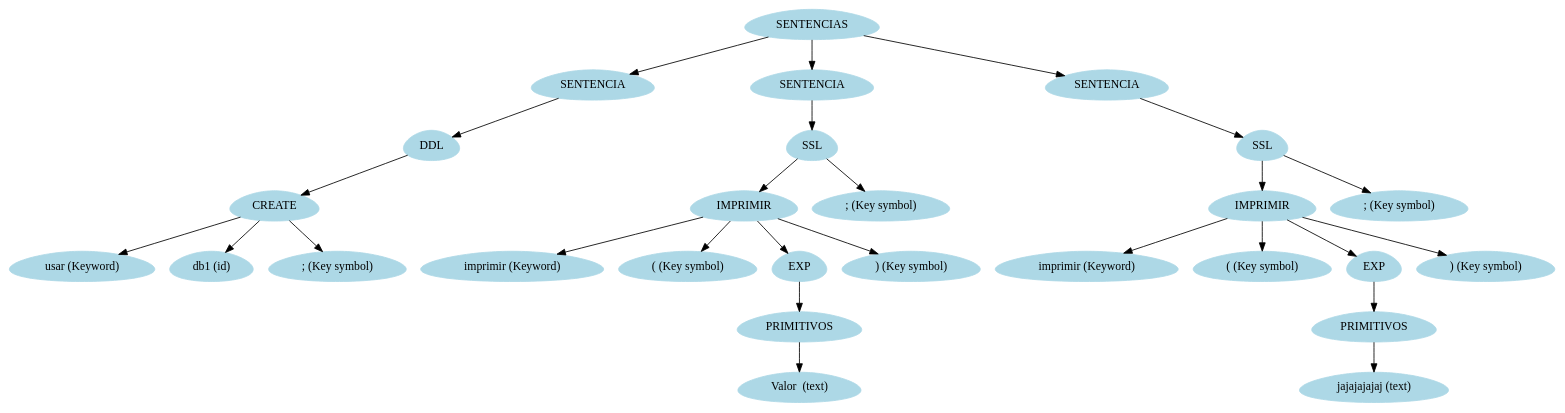
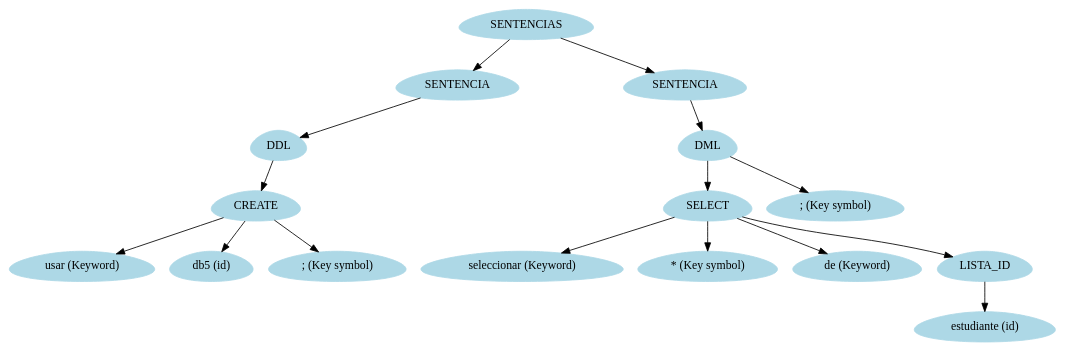
The diagram in [OLC2]Proyecto1_201325583/ServidorDB/bin/Debug/arbolAst.dot (Losajhonny/FI-SQL), drawn with Graphviz before and after one commit. The commit also changed 22 other files, not shown here.

```diff
--- a/[OLC2]Proyecto1_201325583/ServidorDB/bin/Debug/arbolAst.dot
+++ b/[OLC2]Proyecto1_201325583/ServidorDB/bin/Debug/arbolAst.dot
@@ -1,56 +1,34 @@
 digraph grafo{
 node [shape = egg];
-9089598[label="SENTENCIAS", style = filled, color = lightblue];
-20305449[label="SENTENCIA", style = filled, color = lightblue];
-9089598->20305449;
-9648315[label="DDL", style = filled, color = lightblue];
-20305449->9648315;
-29803642[label="CREATE", style = filled, color = lightblue];
-9648315->29803642;
-36899882[label="usar (Keyword)", style = filled, color = lightblue];
-29803642->36899882;
-23318221[label="db1 (id)", style = filled, color = lightblue];
-29803642->23318221;
-60865449[label="; (Key symbol)", style = filled, color = lightblue];
-29803642->60865449;
-28079681[label="SENTENCIA", style = filled, color = lightblue];
-9089598->28079681;
-7592537[label="SSL", style = filled, color = lightblue];
-28079681->7592537;
-61964278[label="IMPRIMIR", style = filled, color = lightblue];
-7592537->61964278;
-46759771[label="imprimir (Keyword)", style = filled, color = lightblue];
-61964278->46759771;
-56718604[label="( (Key symbol)", style = filled, color = lightblue];
-61964278->56718604;
-24692173[label="EXP", style = filled, color = lightblue];
-61964278->24692173;
-17113762[label="PRIMITIVOS", style = filled, color = lightblue];
-24692173->17113762;
-22498512[label=" Valor  (text)", style = filled, color = lightblue];
-17113762->22498512;
-46930394[label=") (Key symbol)", style = filled, color = lightblue];
-61964278->46930394;
-59619204[label="; (Key symbol)", style = filled, color = lightblue];
-7592537->59619204;
-6893523[label="SENTENCIA", style = filled, color = lightblue];
-9089598->6893523;
-50081034[label="SSL", style = filled, color = lightblue];
-6893523->50081034;
-46071213[label="IMPRIMIR", style = filled, color = lightblue];
-50081034->46071213;
-45013120[label="imprimir (Keyword)", style = filled, color = lightblue];
-46071213->45013120;
-27025543[label="( (Key symbol)", style = filled, color = lightblue];
-46071213->27025543;
-56781063[label="EXP", style = filled, color = lightblue];
-46071213->56781063;
-25753987[label="PRIMITIVOS", style = filled, color = lightblue];
-56781063->25753987;
-35164608[label="jajajajajaj (text)", style = filled, color = lightblue];
-25753987->35164608;
-60927424[label=") (Key symbol)", style = filled, color = lightblue];
-46071213->60927424;
-29133257[label="; (Key symbol)", style = filled, color = lightblue];
-50081034->29133257;
+19246503[label="SENTENCIAS", style = filled, color = lightblue];
+58755095[label="SENTENCIA", style = filled, color = lightblue];
+19246503->58755095;
+59312528[label="DDL", style = filled, color = lightblue];
+58755095->59312528;
+1680021[label="CREATE", style = filled, color = lightblue];
+59312528->1680021;
+28560362[label="usar (Keyword)", style = filled, color = lightblue];
+1680021->28560362;
+15764116[label="db5 (id)", style = filled, color = lightblue];
+1680021->15764116;
+66663381[label="; (Key symbol)", style = filled, color = lightblue];
+1680021->66663381;
+59535667[label="SENTENCIA", style = filled, color = lightblue];
+19246503->59535667;
+5473394[label="DML", style = filled, color = lightblue];
+59535667->5473394;
+25938836[label="SELECT", style = filled, color = lightblue];
+5473394->25938836;
+38307039[label="seleccionar (Keyword)", style = filled, color = lightblue];
+25938836->38307039;
+47239894[label="* (Key symbol)", style = filled, color = lightblue];
+25938836->47239894;
+64880701[label="de (Keyword)", style = filled, color = lightblue];
+25938836->64880701;
+29230105[label="LISTA_ID", style = filled, color = lightblue];
+25938836->29230105;
+27149741[label="estudiante (id)", style = filled, color = lightblue];
+29230105->27149741;
+58892413[label="; (Key symbol)", style = filled, color = lightblue];
+5473394->58892413;
 }
```
